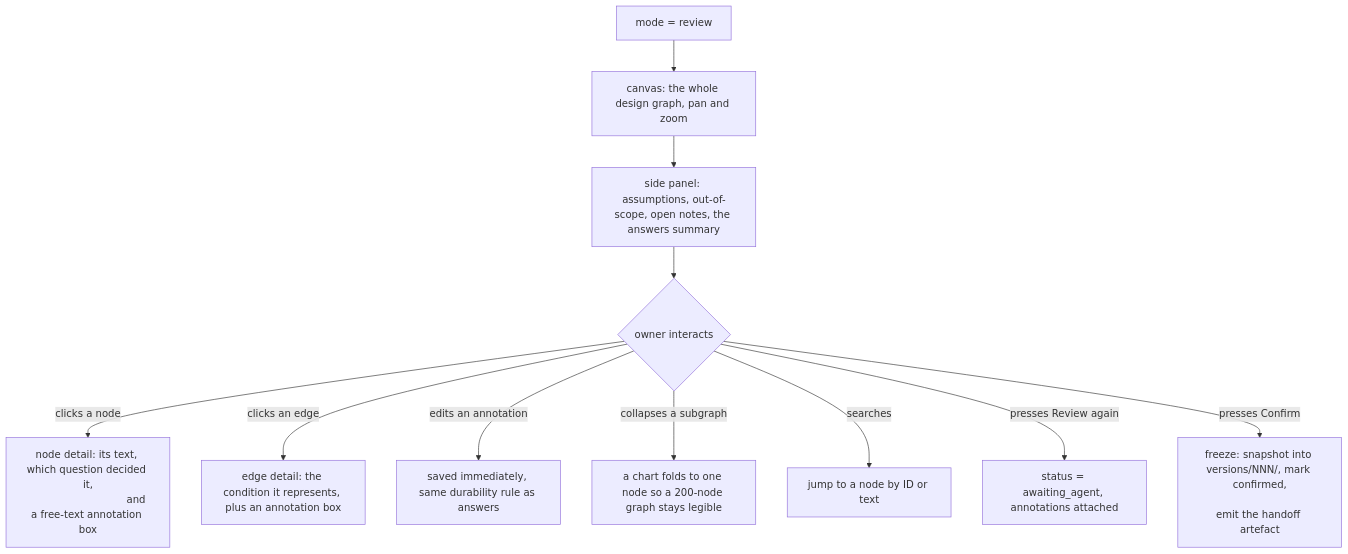
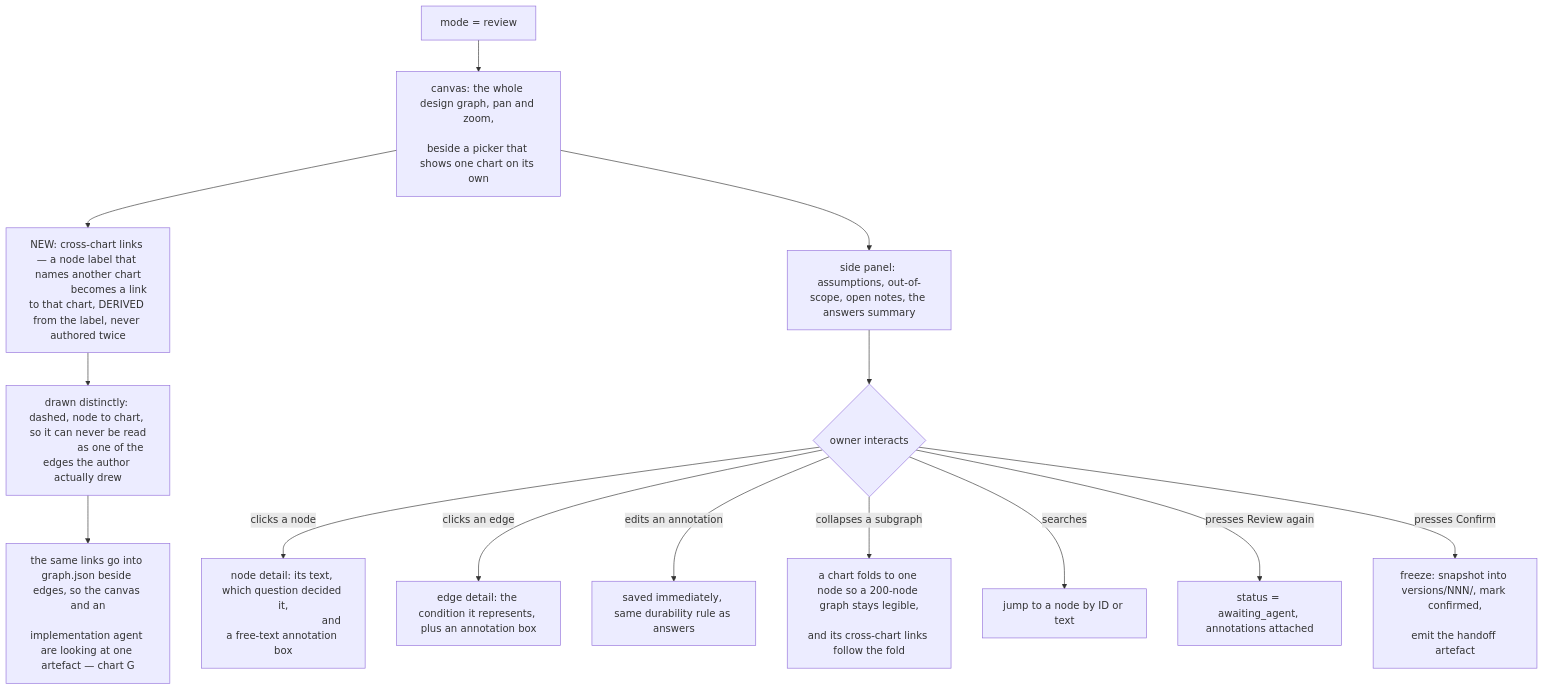
The seventh of 11 diagrams in designloop/design/designloop/DESIGN.md (ucsdRgross/gamedev), drawn with Mermaid before and after one commit. The commit also changed other lines of this file and 36 other files, not shown here.

````diff
--- a/designloop/design/designloop/DESIGN.md
+++ b/designloop/design/designloop/DESIGN.md
@@ -311,15 +385,23 @@
 ```mermaid
 flowchart TD
-  F1["mode = review"] --> F2["canvas: the whole design graph, pan and zoom"]
+  F1["mode = review"] --> F2["canvas: the whole design graph, pan and zoom,
+                             beside a picker that shows one chart on its own"]
+  F2 --> F12["NEW: cross-chart links — a node label that names another chart
+              becomes a link to that chart, DERIVED from the label, never authored twice"]
+  F12 --> F13["drawn distinctly: dashed, node to chart, so it can never be read
+               as one of the edges the author actually drew"]
+  F13 --> F14["the same links go into graph.json beside edges, so the canvas and an
+               implementation agent are looking at one artefact — chart G"]
   F2 --> F3["side panel: assumptions, out-of-scope, open notes, the answers summary"]
   F3 --> F4{"owner interacts"}
   F4 -- "clicks a node" --> F5["node detail: its text, which question decided it,
                                and a free-text annotation box"]
   F4 -- "clicks an edge" --> F6["edge detail: the condition it represents, plus an annotation box"]
   F4 -- "edits an annotation" --> F7["saved immediately, same durability rule as answers"]
-  F4 -- "collapses a subgraph" --> F8["a chart folds to one node so a 200-node graph stays legible"]
+  F4 -- "collapses a subgraph" --> F8["a chart folds to one node so a 200-node graph stays legible,
+                                      and its cross-chart links follow the fold"]
   F4 -- "searches" --> F9["jump to a node by ID or text"]
   F4 -- "presses Review again" --> F10["status = awaiting_agent, annotations attached"]
   F4 -- "presses Confirm" --> F11["freeze: snapshot into versions/NNN/, mark confirmed,
                                    emit the handoff artefact"]
 ```
````
